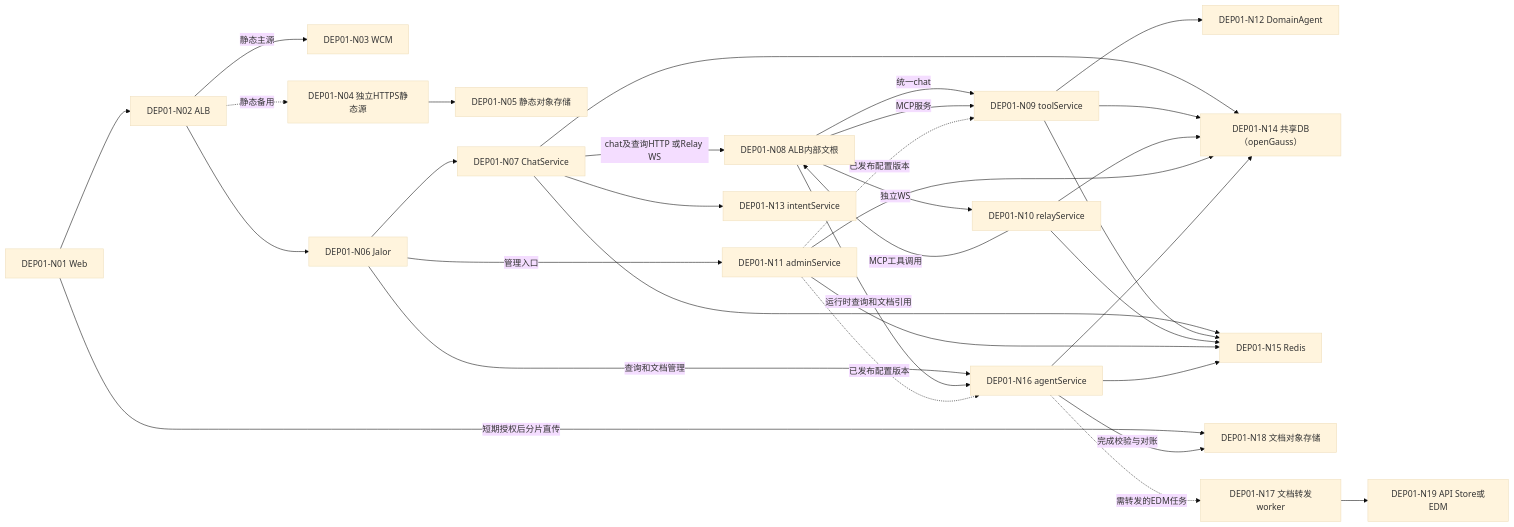
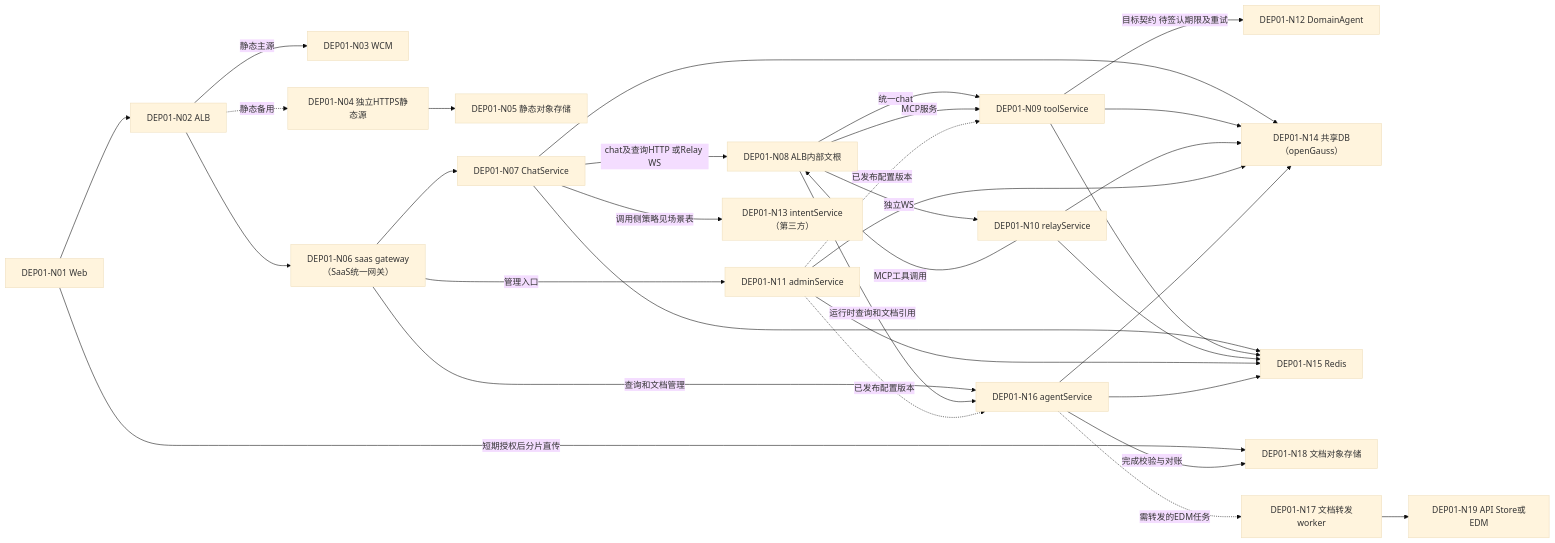
One commit to kunben-duck/exweb changed the second of 7 diagrams in docs/architecture/high-availability/deployment.md. Above: the diagram before and after it, drawn with Mermaid (base theme). The commit also changed other lines of this file and 8 other files, not shown here.

````diff
--- a/docs/architecture/high-availability/deployment.md
+++ b/docs/architecture/high-availability/deployment.md
@@ -66,35 +70,35 @@
 ```mermaid
 flowchart LR
     web["DEP01-N01 Web"] --> edge["DEP01-N02 ALB"]
     edge -->|静态主源| wcm["DEP01-N03 WCM"]
     edge -.->|静态备用| staticOrigin["DEP01-N04 独立HTTPS静态源"]
     staticOrigin --> staticObjects["DEP01-N05 静态对象存储"]
-    edge --> jalor["DEP01-N06 Jalor"]
-    jalor --> chat["DEP01-N07 ChatService"]
-    jalor -->|查询和文档管理| agent["DEP01-N16 agentService"]
-    jalor -->|管理入口| admin["DEP01-N11 adminService"]
+    edge --> gateway["DEP01-N06 saas gateway<br/>（SaaS统一网关）"]
+    gateway --> chat["DEP01-N07 ChatService"]
+    gateway -->|查询和文档管理| agent["DEP01-N16 agentService"]
+    gateway -->|管理入口| admin["DEP01-N11 adminService"]
     chat -->|chat及查询HTTP 或Relay WS| internal["DEP01-N08 ALB内部文根"]
     internal -->|统一chat| tool["DEP01-N09 toolService"]
     internal -->|运行时查询和文档引用| agent
     internal -->|独立WS| relay["DEP01-N10 relayService"]
     relay -->|MCP工具调用| internal
     internal -->|MCP服务| tool
-    tool --> domain["DEP01-N12 DomainAgent"]
-    chat --> intent["DEP01-N13 intentService"]
+    tool -->|目标契约 待签认期限及重试| domain["DEP01-N12 DomainAgent"]
+    chat -->|调用侧策略见场景表| intent["DEP01-N13 intentService（第三方）"]
     admin -.->|已发布配置版本| tool
     admin -.->|已发布配置版本| agent
     chat --> db["DEP01-N14 共享DB（openGauss）"]
     tool --> db
     relay --> db
     admin --> db
     agent --> db
     chat --> redis["DEP01-N15 Redis"]
     tool --> redis
     relay --> redis
     admin --> redis
     agent --> redis
     web -->|短期授权后分片直传| objects["DEP01-N18 文档对象存储"]
     agent -->|完成校验与对账| objects
     agent -.->|需转发的EDM任务| worker["DEP01-N17 文档转发worker"]
     worker --> edm["DEP01-N19 API Store或EDM"]
 ```
````
